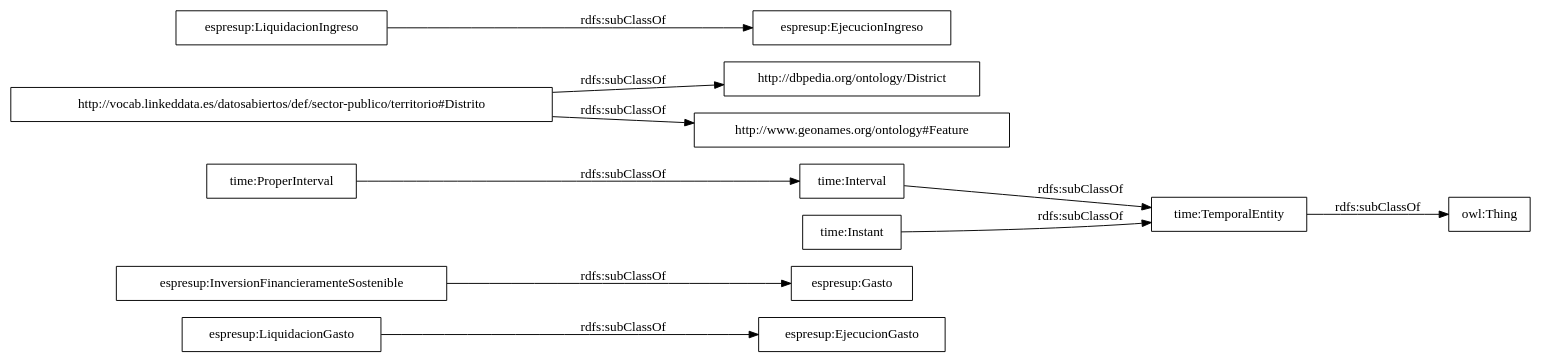
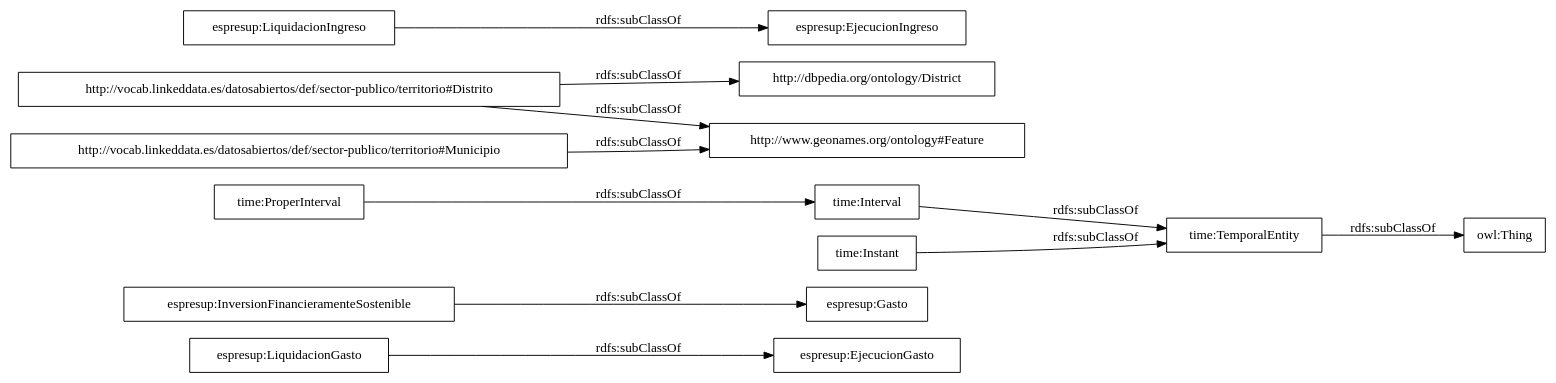
One commit to CiudadesAbiertas/vocab-hacienda-presupuesto changed the diagram in OnToology/ontology/presupuesto.owl/diagrams/ar2dtool-taxonomy/presupuesto.owl.png.dot. Above: the diagram before and after it, drawn with Graphviz. The commit also changed 15 other files, not shown here.

```diff
--- a/OnToology/ontology/presupuesto.owl/diagrams/ar2dtool-taxonomy/presupuesto.owl.png.dot
+++ b/OnToology/ontology/presupuesto.owl/diagrams/ar2dtool-taxonomy/presupuesto.owl.png.dot
@@ -1,15 +1,16 @@
 digraph ar2dtool_diagram { 
 rankdir=LR;
 size="1000"
-node [shape = rectangle, color="black"]; "espresup:EjecucionGasto" "espresup:InversionFinancieramenteSostenible" "time:ProperInterval" "espresup:Gasto" "http://dbpedia.org/ontology/District" "espresup:LiquidacionGasto" "time:Interval" "time:TemporalEntity" "espresup:LiquidacionIngreso" "http://vocab.linkeddata.es/datosabiertos/def/sector-publico/territorio#Distrito" "http://www.geonames.org/ontology#Feature" "time:Instant" "espresup:EjecucionIngreso" ; /*classes style*/
+node [shape = rectangle, color="black"]; "espresup:EjecucionGasto" "espresup:InversionFinancieramenteSostenible" "time:ProperInterval" "espresup:Gasto" "http://dbpedia.org/ontology/District" "espresup:LiquidacionGasto" "time:Interval" "time:TemporalEntity" "espresup:LiquidacionIngreso" "http://vocab.linkeddata.es/datosabiertos/def/sector-publico/territorio#Distrito" "http://www.geonames.org/ontology#Feature" "http://vocab.linkeddata.es/datosabiertos/def/sector-publico/territorio#Municipio" "espresup:EjecucionIngreso" "time:Instant" ; /*classes style*/
 	"time:ProperInterval" -> "time:Interval" [ label = "rdfs:subClassOf" ];
 	"http://vocab.linkeddata.es/datosabiertos/def/sector-publico/territorio#Distrito" -> "http://www.geonames.org/ontology#Feature" [ label = "rdfs:subClassOf" ];
 	"http://vocab.linkeddata.es/datosabiertos/def/sector-publico/territorio#Distrito" -> "http://dbpedia.org/ontology/District" [ label = "rdfs:subClassOf" ];
 	"espresup:LiquidacionGasto" -> "espresup:EjecucionGasto" [ label = "rdfs:subClassOf" ];
 	"time:TemporalEntity" -> "owl:Thing" [ label = "rdfs:subClassOf" ];
 	"espresup:LiquidacionIngreso" -> "espresup:EjecucionIngreso" [ label = "rdfs:subClassOf" ];
 	"time:Instant" -> "time:TemporalEntity" [ label = "rdfs:subClassOf" ];
+	"time:Interval" -> "time:TemporalEntity" [ label = "rdfs:subClassOf" ];
 	"espresup:InversionFinancieramenteSostenible" -> "espresup:Gasto" [ label = "rdfs:subClassOf" ];
-	"time:Interval" -> "time:TemporalEntity" [ label = "rdfs:subClassOf" ];
+	"http://vocab.linkeddata.es/datosabiertos/def/sector-publico/territorio#Municipio" -> "http://www.geonames.org/ontology#Feature" [ label = "rdfs:subClassOf" ];
 
 }
```
